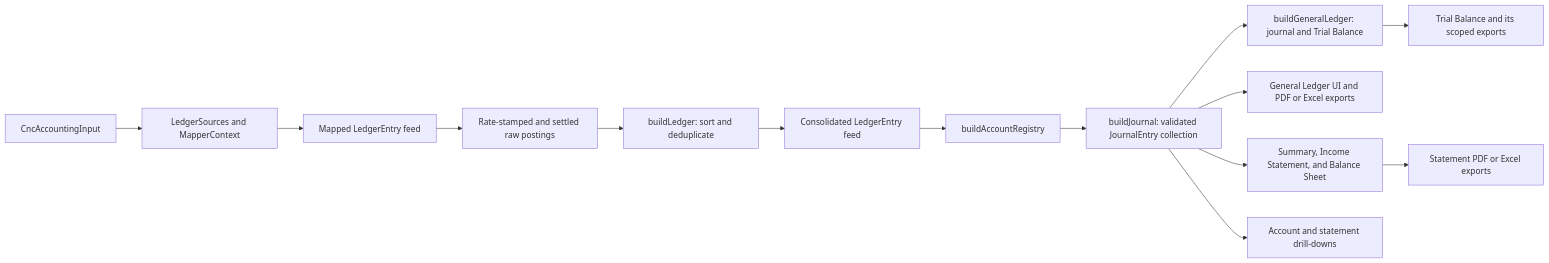
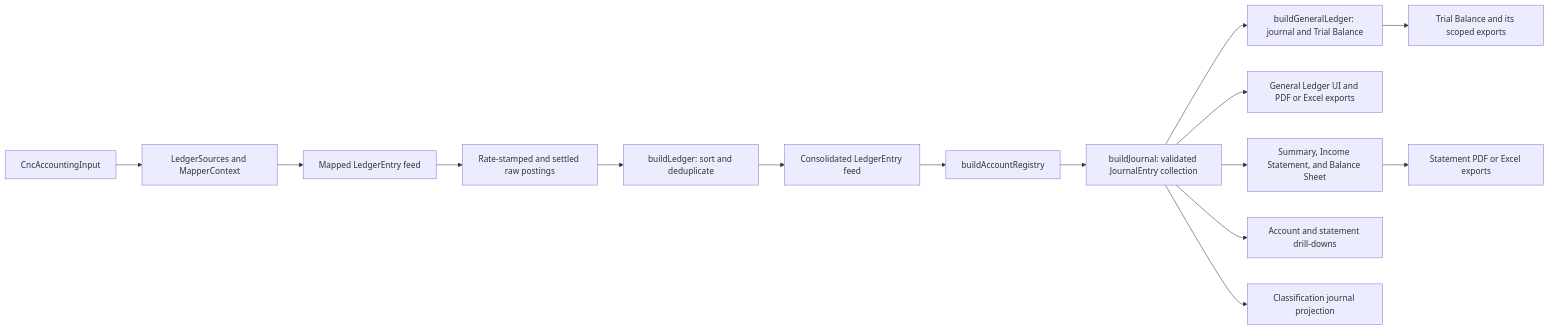
One commit to globe-and-citizen/cnc-portal changed the second of 5 diagrams in docs/implementation/accounting-read-model/README.md. Above: the diagram before and after it, drawn with Mermaid. The commit also changed other lines of this file and 1 other file, not shown here.

Commit message:
docs: 📝 document journal-based treasury classification

````diff
--- a/docs/implementation/accounting-read-model/README.md
+++ b/docs/implementation/accounting-read-model/README.md
@@ -48,16 +48,17 @@
 ```mermaid
 flowchart LR
     input[CncAccountingInput] --> context[LedgerSources and MapperContext]
     context --> mapped[Mapped LedgerEntry feed]
     mapped --> raw[Rate-stamped and settled raw postings]
     raw --> ledger[buildLedger: sort and deduplicate]
     ledger --> entries[Consolidated LedgerEntry feed]
     entries --> registry[buildAccountRegistry]
     registry --> journal[buildJournal: validated JournalEntry collection]
     journal --> trial[buildGeneralLedger: journal and Trial Balance]
     journal --> generalLedgerUi[General Ledger UI and PDF or Excel exports]
     journal --> statements[Summary, Income Statement, and Balance Sheet]
     statements --> statementExports[Statement PDF or Excel exports]
     journal --> drilldowns[Account and statement drill-downs]
+    journal --> classification[Classification journal projection]
     trial --> trialCard[Trial Balance and its scoped exports]
 ```
````
